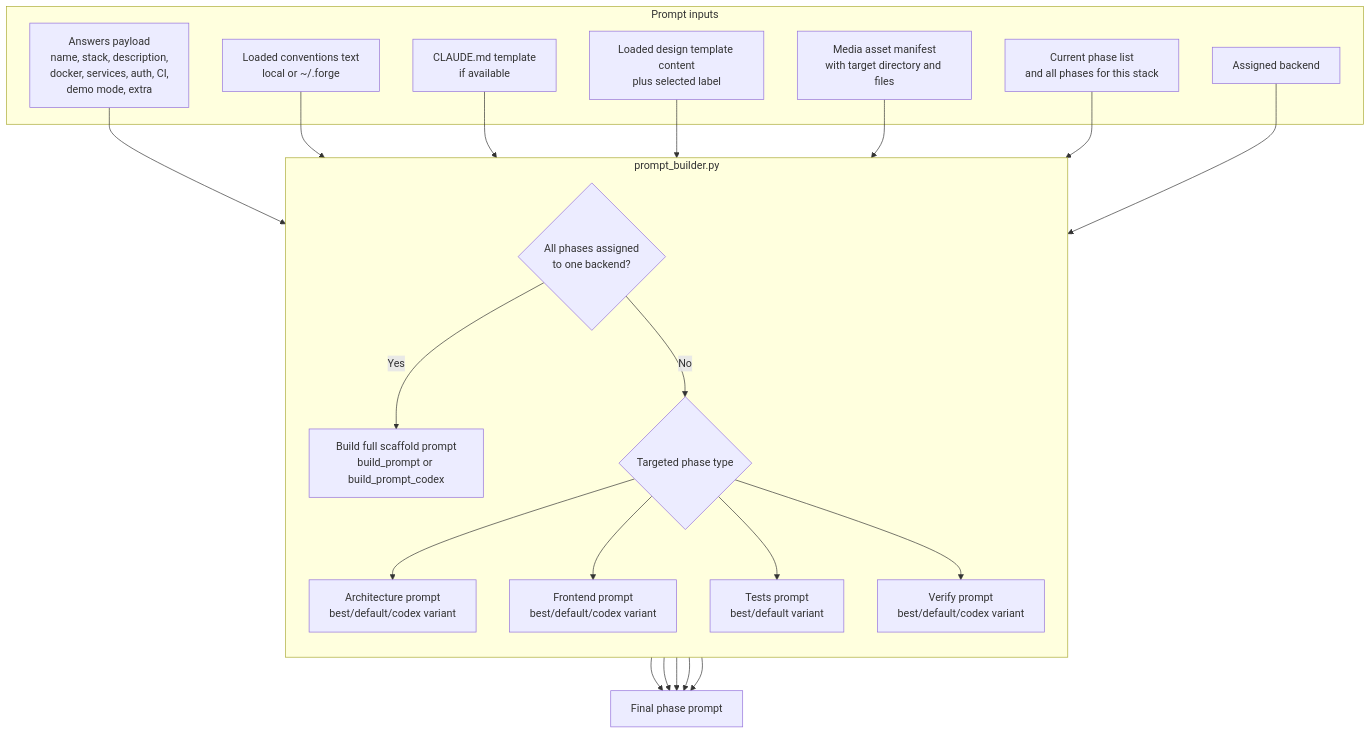
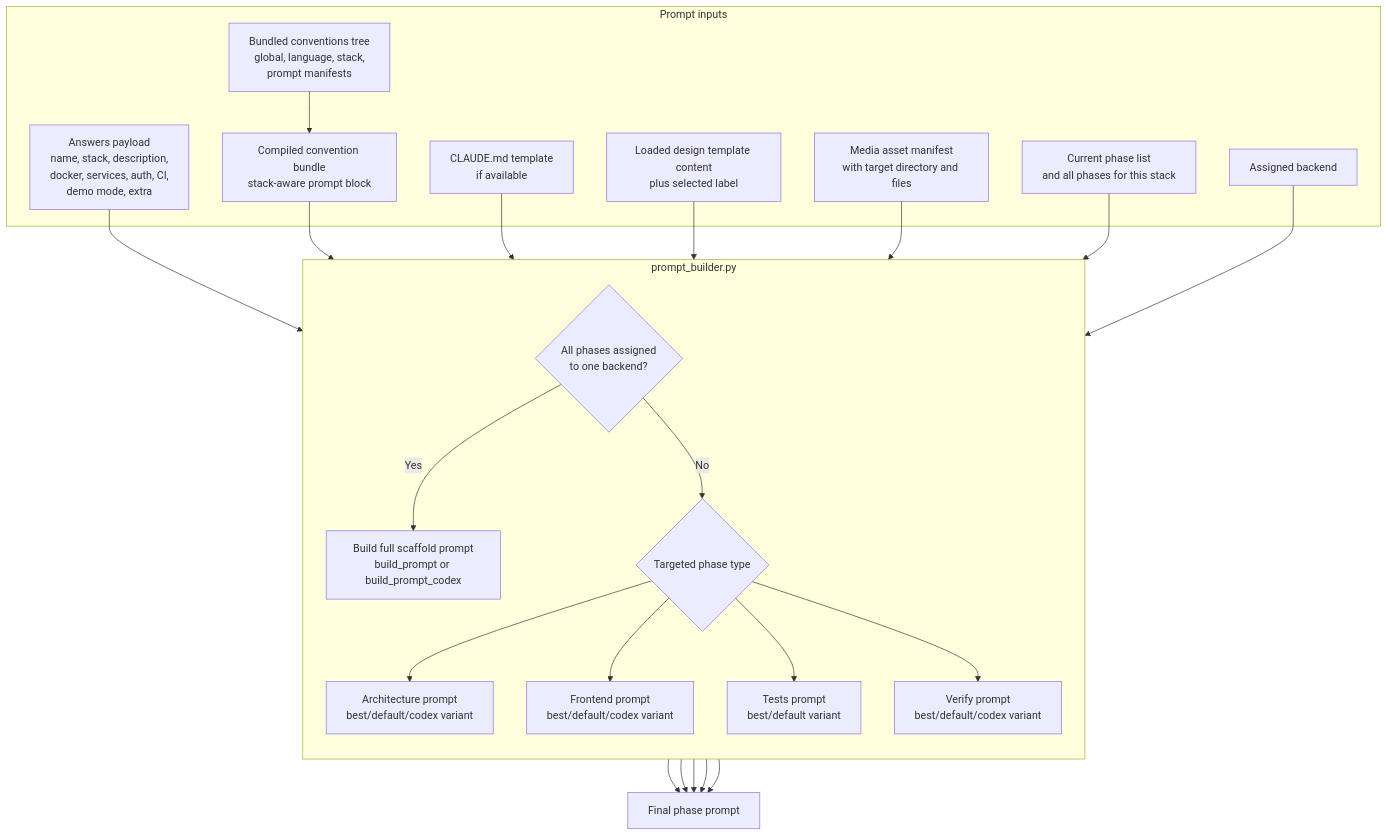
Before and after one commit to matthewubundi/UbundiForge: the first of 2 diagrams in docs/diagrams/forge-prompt-assembly.md, drawn with Mermaid. The commit also changed other lines of this file and 8 other files, not shown here.

Commit message:
docs: finalize bundled conventions rollout

````diff
--- a/docs/diagrams/forge-prompt-assembly.md
+++ b/docs/diagrams/forge-prompt-assembly.md
@@ -13,45 +13,47 @@
 ```mermaid
 flowchart TD
     subgraph Inputs["Prompt inputs"]
         Answers["Answers payload<br/>name, stack, description,<br/>docker, services, auth, CI,<br/>demo mode, extra"]
-        Conventions["Loaded conventions text<br/>local or ~/.forge"]
+        ConventionsTree["Bundled conventions tree<br/>global, language, stack,<br/>prompt manifests"]
+        ConventionBundle["Compiled convention bundle<br/>stack-aware prompt block"]
         ClaudeTemplate["CLAUDE.md template<br/>if available"]
         DesignTemplate["Loaded design template content<br/>plus selected label"]
         MediaManifest["Media asset manifest<br/>with target directory and files"]
         PhaseSet["Current phase list<br/>and all phases for this stack"]
         Backend["Assigned backend"]
     end
 
     subgraph Builder["prompt_builder.py"]
         direction TB
         FullCheck{"All phases assigned<br/>to one backend?"}
         FullPrompt["Build full scaffold prompt<br/>build_prompt or build_prompt_codex"]
 
         PhaseSwitch{"Targeted phase type"}
         ArchPrompt["Architecture prompt<br/>best/default/codex variant"]
         FrontendPrompt["Frontend prompt<br/>best/default/codex variant"]
         TestsPrompt["Tests prompt<br/>best/default variant"]
         VerifyPrompt["Verify prompt<br/>best/default/codex variant"]
 
         FullCheck -- Yes --> FullPrompt
         FullCheck -- No --> PhaseSwitch
         PhaseSwitch --> ArchPrompt
         PhaseSwitch --> FrontendPrompt
         PhaseSwitch --> TestsPrompt
         PhaseSwitch --> VerifyPrompt
     end
 
     Answers --> Builder
-    Conventions --> Builder
+    ConventionsTree --> ConventionBundle
+    ConventionBundle --> Builder
     ClaudeTemplate --> Builder
     DesignTemplate --> Builder
     MediaManifest --> Builder
     PhaseSet --> Builder
     Backend --> Builder
 
     FullPrompt --> PhasePrompt["Final phase prompt"]
     ArchPrompt --> PhasePrompt
     FrontendPrompt --> PhasePrompt
     TestsPrompt --> PhasePrompt
     VerifyPrompt --> PhasePrompt
 ```
````
